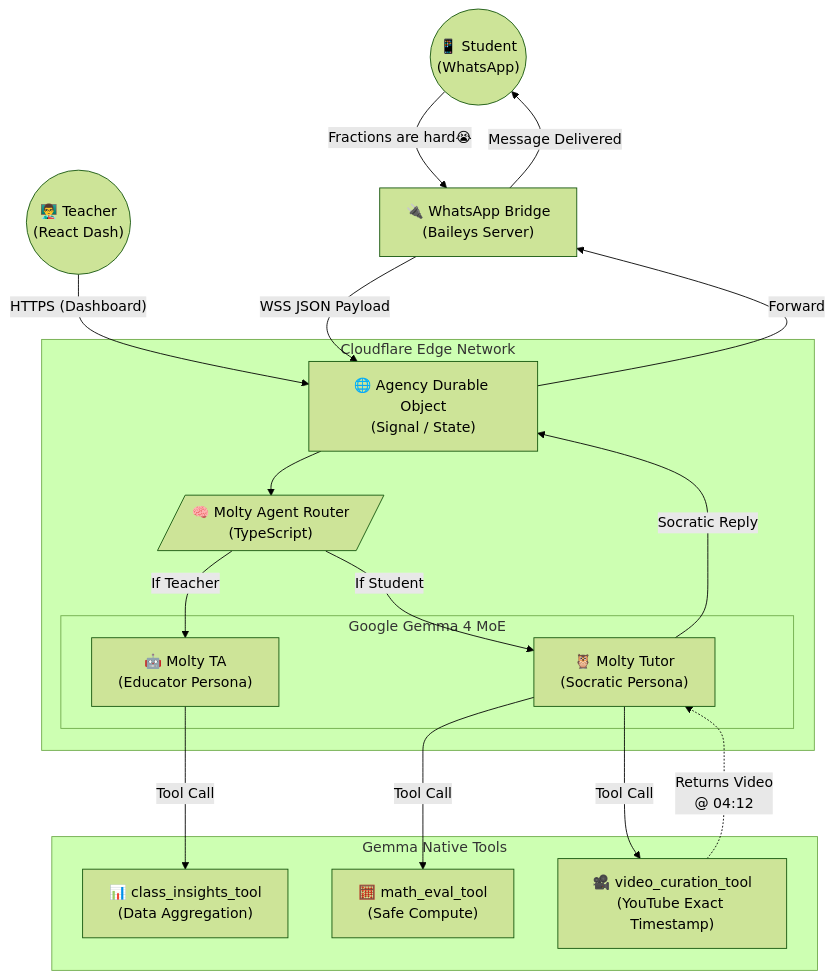
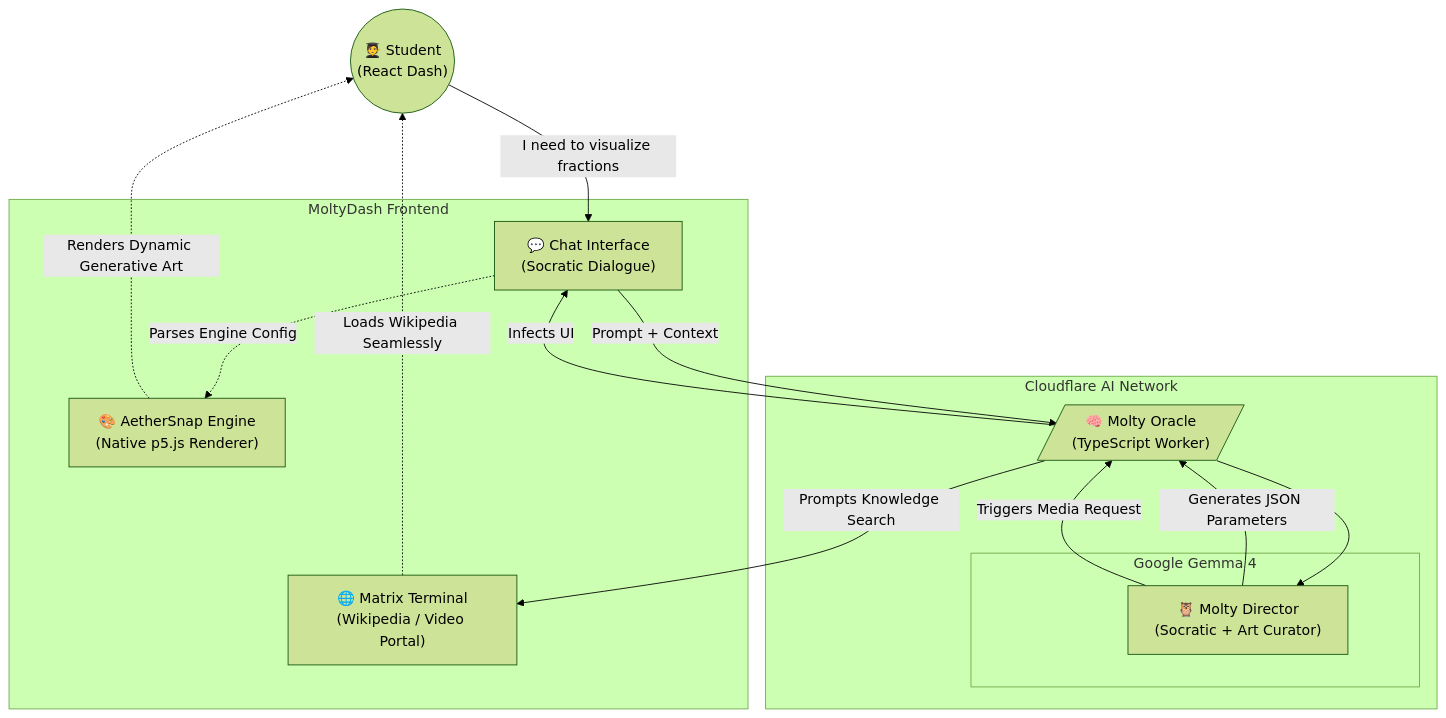
One commit to miladyxx333-lab/moltys changed the diagram in README.md. Above: the diagram before and after it, drawn with Mermaid (forest theme). The commit also changed other lines of this file and 9 other files, not shown here.

Commit message:
feat: Implement AetherSnap native engine, Matrix Knowledge Terminal, and Vibe Engineering protocol

````diff
--- a/README.md
+++ b/README.md
@@ -21,44 +21,36 @@
 ```mermaid
 graph TD
     %% Entities
-    Student(("📱 Student\n(WhatsApp)"))
-    GlobalEducator(("👨‍🏫 Teacher\n(React Dash)"))
+    Student(("🧑‍🎓 Student\n(React Dash)"))
 
     %% Core Systems
-    subgraph Cloudflare Edge [Cloudflare Edge Network]
-        Gateway["🌐 Agency Durable Object\n(Signal / State)"]
-        MoltyCore[/"🧠 Molty Agent Router\n(TypeScript)"/]
+    subgraph Cloudflare Edge [Cloudflare AI Network]
+        MoltyCore[/"🧠 Molty Oracle\n(TypeScript Worker)"/]
         
-        subgraph Google Gemma 4 MoE
-            AgentTA["🤖 Molty TA\n(Educator Persona)"]
-            AgentTutor["🦉 Molty Tutor\n(Socratic Persona)"]
+        subgraph Google Gemma 4
+            AgentTutor["🦉 Molty Director\n(Socratic + Art Curator)"]
         end
     end
 
-    %% External & Tools
-    subgraph Tool Palette [Gemma Native Tools]
-        Tool1["📊 class_insights_tool\n(Data Aggregation)"]
-        Tool2["🧮 math_eval_tool\n(Safe Compute)"]
-        Tool3["🎥 video_curation_tool\n(YouTube Exact Timestamp)"]
+    %% Dashboard Infrastructure
+    subgraph Immersive Dashboard [MoltyDash Frontend]
+        ChatUI["💬 Chat Interface\n(Socratic Dialogue)"]
+        AetherSnap["🎨 AetherSnap Engine\n(Native p5.js Renderer)"]
+        MatrixTerm["🌐 Matrix Terminal\n(Wikipedia / Video Portal)"]
     end
-    
-    Bridge["🔌 WhatsApp Bridge\n(Baileys Server)"]
 
     %% Edges
-    Student -- "Fractions are hard😭" --> Bridge
-    Bridge -- "WSS JSON Payload" --> Gateway
-    GlobalEducator -- "HTTPS (Dashboard)" --> Gateway
+    Student -- "I need to visualize fractions" --> ChatUI
+    ChatUI -- "Prompt + Context" --> MoltyCore
+    MoltyCore --> AgentTutor
     
-    Gateway --> MoltyCore
-    MoltyCore -- "If Teacher" --> AgentTA
-    MoltyCore -- "If Student" --> AgentTutor
+    AgentTutor -- "Generates JSON Parameters" --> MoltyCore
+    MoltyCore -- "Infects UI" --> ChatUI
     
-    AgentTA -- "Tool Call" --> Tool1
-    AgentTutor -- "Tool Call" --> Tool2
-    AgentTutor -- "Tool Call" --> Tool3
+    ChatUI -. "Parses Engine Config" .-> AetherSnap
+    AetherSnap -. "Renders Dynamic Generative Art" .-> Student
     
-    Tool3 -. "Returns Video\n@ 04:12" .-> AgentTutor
-    AgentTutor -- "Socratic Reply" --> Gateway
-    Gateway -- "Forward" --> Bridge
-    Bridge -- "Message Delivered" --> Student
+    AgentTutor -- "Triggers Media Request" --> MoltyCore
+    MoltyCore -- "Prompts Knowledge Search" --> MatrixTerm
+    MatrixTerm -. "Loads Wikipedia Seamlessly" .-> Student
 ```
````
